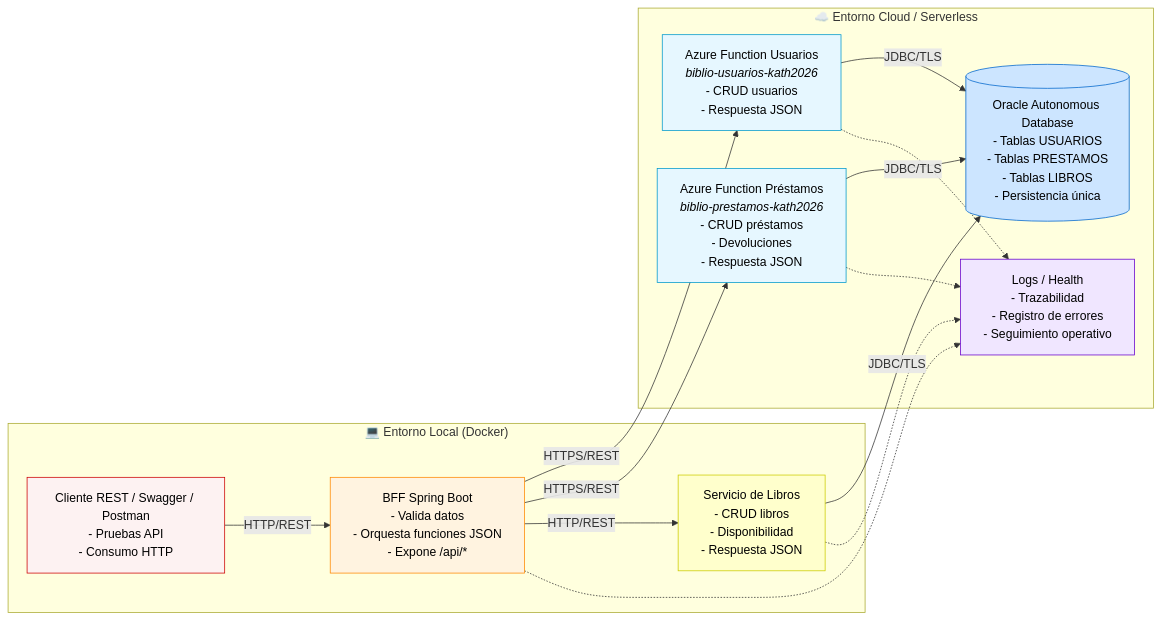
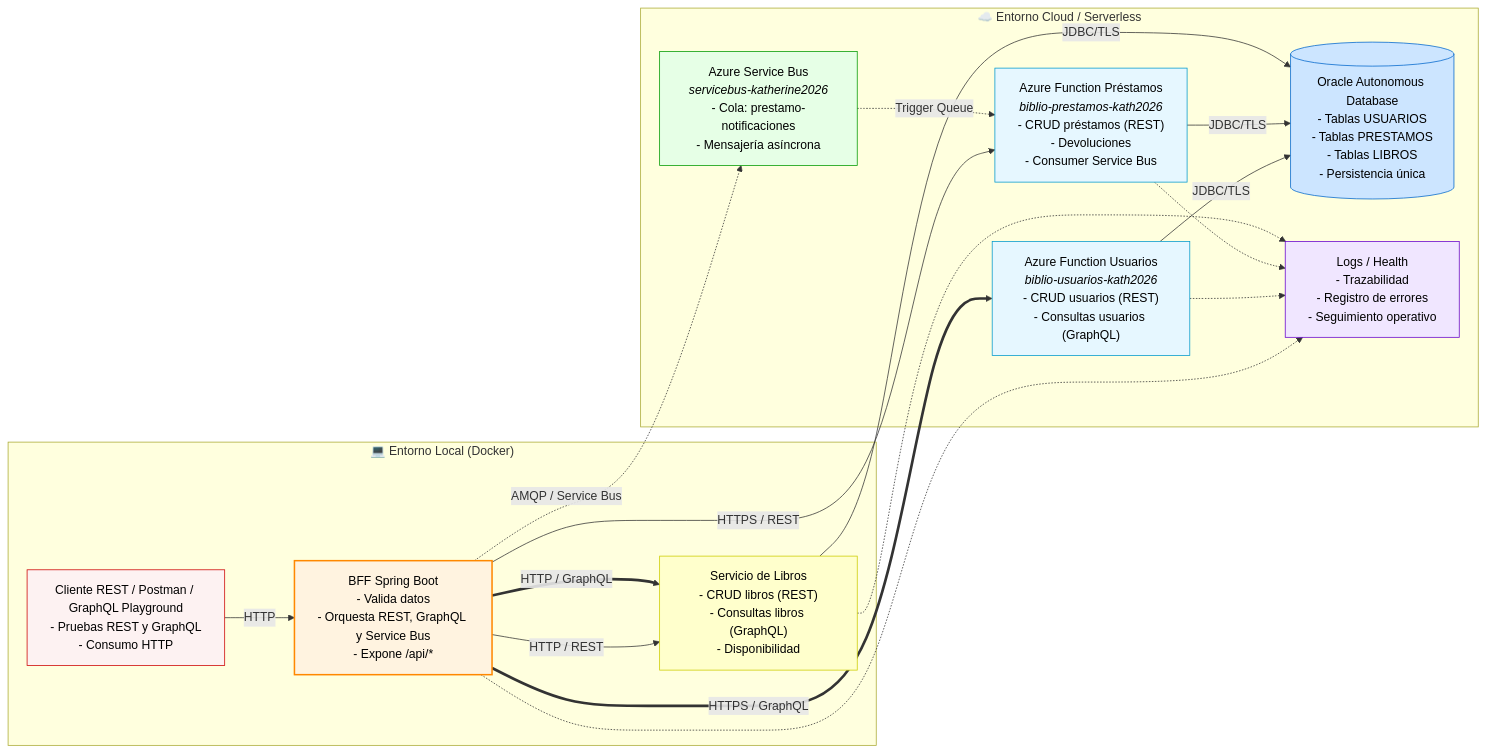
One commit to Kath-Valenzula/biblioteca-faas-administradora changed the diagram in docs/diagrama/arquitectura-biblioteca.md. Above: the diagram before and after it, drawn with Mermaid. The commit also changed other lines of this file and 18 other files, not shown here.

Commit message:
agregar soporte GraphQL, ajustar Docker y limpiar scripts SQL

````diff
--- a/docs/diagrama/arquitectura-biblioteca.md
+++ b/docs/diagrama/arquitectura-biblioteca.md
@@ -5,42 +5,52 @@
 ```mermaid
 flowchart LR
     %% === ENTORNO LOCAL (DOCKER) ===
     subgraph Local["💻 Entorno Local (Docker)"]
-        Cliente["Cliente REST / Swagger / Postman<br/>- Pruebas API<br/>- Consumo HTTP"]
-        BFF["BFF Spring Boot<br/>- Valida datos<br/>- Orquesta funciones JSON<br/>- Expone /api/*"]
-        Libros["Servicio de Libros<br/>- CRUD libros<br/>- Disponibilidad<br/>- Respuesta JSON"]
+        Cliente["Cliente REST / Postman / GraphQL Playground<br/>- Pruebas REST y GraphQL<br/>- Consumo HTTP"]
+        BFF["BFF Spring Boot<br/>- Valida datos<br/>- Orquesta REST, GraphQL y Service Bus<br/>- Expone /api/*"]
+        Libros["Servicio de Libros<br/>- CRUD libros (REST)<br/>- Consultas libros (GraphQL)<br/>- Disponibilidad"]
     end
 
     %% === ENTORNO CLOUD / SERVERLESS ===
     subgraph Cloud["☁️ Entorno Cloud / Serverless"]
-        Usuarios["Azure Function Usuarios<br/><i>biblio-usuarios-kath2026</i><br/>- CRUD usuarios<br/>- Respuesta JSON"]
-        Prestamos["Azure Function Préstamos<br/><i>biblio-prestamos-kath2026</i><br/>- CRUD préstamos<br/>- Devoluciones<br/>- Respuesta JSON"]
+        Usuarios["Azure Function Usuarios<br/><i>biblio-usuarios-kath2026</i><br/>- CRUD usuarios (REST)<br/>- Consultas usuarios (GraphQL)"]
+        Prestamos["Azure Function Préstamos<br/><i>biblio-prestamos-kath2026</i><br/>- CRUD préstamos (REST)<br/>- Devoluciones<br/>- Consumer Service Bus"]
+        ServiceBus["Azure Service Bus<br/><i>servicebus-katherine2026</i><br/>- Cola: prestamo-notificaciones<br/>- Mensajería asíncrona"]
         OracleDB[("Oracle Autonomous Database<br/>- Tablas USUARIOS<br/>- Tablas PRESTAMOS<br/>- Tablas LIBROS<br/>- Persistencia única")]
         Logs["Logs / Health<br/>- Trazabilidad<br/>- Registro de errores<br/>- Seguimiento operativo"]
     end
 
-    %% === FLUJOS PRINCIPALES ===
-    Cliente -->|"HTTP/REST"| BFF
-    BFF -->|"HTTPS/REST"| Usuarios
-    BFF -->|"HTTPS/REST"| Prestamos
-    BFF -->|"HTTP/REST"| Libros
+    %% === FLUJOS REST (línea continua) ===
+    Cliente -->|"HTTP"| BFF
+    BFF -->|"HTTPS / REST"| Prestamos
+    BFF -->|"HTTP / REST"| Libros
 
+    %% === FLUJOS GRAPHQL (línea gruesa discontinua) ===
+    BFF ==>|"HTTPS / GraphQL"| Usuarios
+    BFF ==>|"HTTP / GraphQL"| Libros
+
+    %% === FLUJO SERVICE BUS (línea punteada) ===
+    BFF -.->|"AMQP / Service Bus"| ServiceBus
+    ServiceBus -.->|"Trigger Queue"| Prestamos
+
+    %% === PERSISTENCIA ===
     Usuarios -->|"JDBC/TLS"| OracleDB
     Prestamos -->|"JDBC/TLS"| OracleDB
     Libros -->|"JDBC/TLS"| OracleDB
 
     %% === OBSERVABILIDAD ===
     BFF -.-> Logs
     Usuarios -.-> Logs
     Prestamos -.-> Logs
     Libros -.-> Logs
 
     %% === ESTILOS ===
     style Cliente fill:#fdf2f2,stroke:#cc0000,stroke-width:1px,color:#000
-    style BFF fill:#fff3e0,stroke:#ff8800,stroke-width:1px,color:#000
+    style BFF fill:#fff3e0,stroke:#ff8800,stroke-width:2px,color:#000
     style Libros fill:#ffffcc,stroke:#cccc00,stroke-width:1px,color:#000
     style Usuarios fill:#e6f7ff,stroke:#0099cc,stroke-width:1px,color:#000
     style Prestamos fill:#e6f7ff,stroke:#0099cc,stroke-width:1px,color:#000
+    style ServiceBus fill:#e6ffe6,stroke:#009900,stroke-width:1px,color:#000
     style OracleDB fill:#cce5ff,stroke:#0066cc,stroke-width:1px,color:#000
     style Logs fill:#f0e6ff,stroke:#6600cc,stroke-width:1px,color:#000
 ```
````
